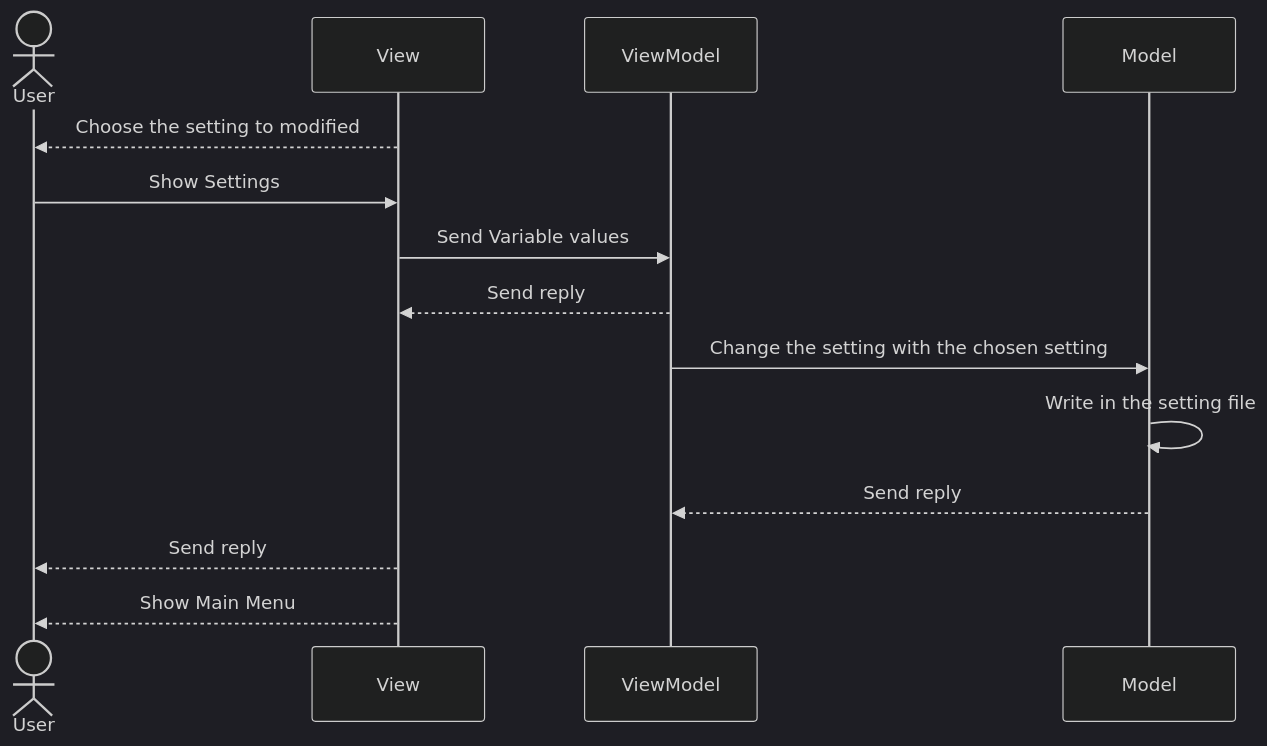
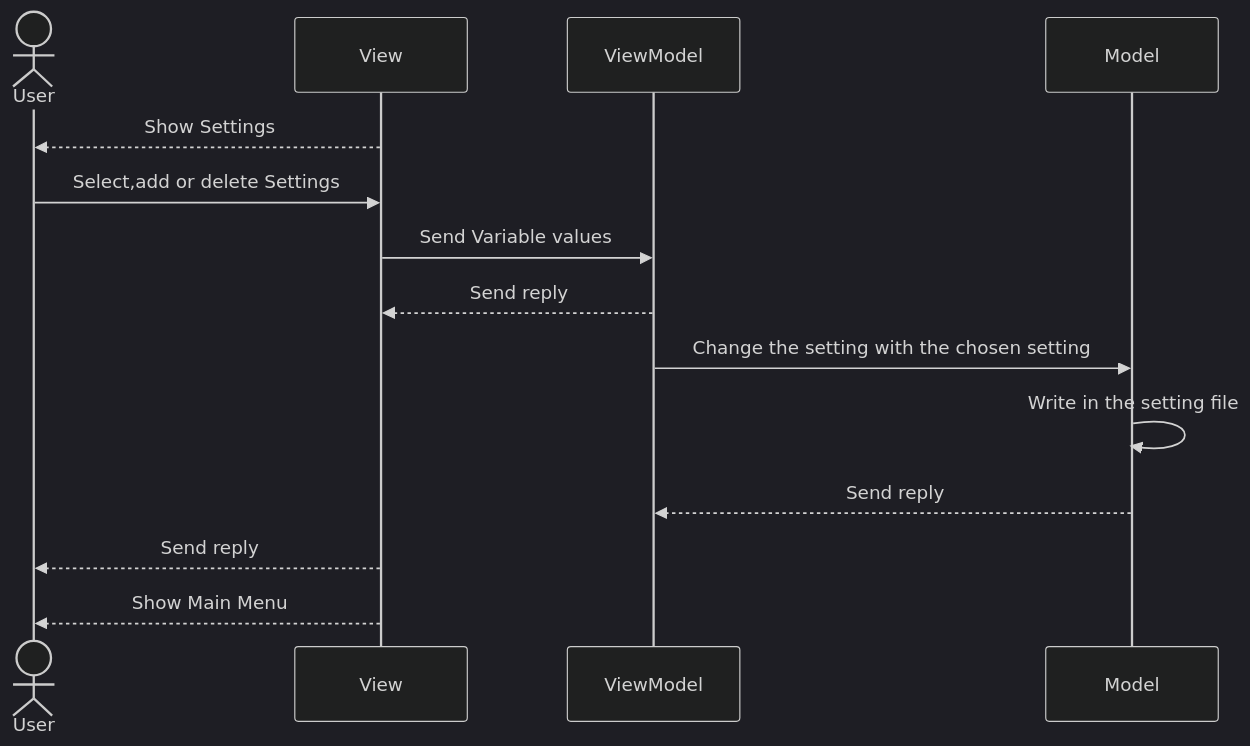
Before and after one commit to mboss7/CesiProgSys: the sixth of 7 diagrams in Diagrams/DiagSequences/DiagSequenceProjet.md, drawn with Mermaid (dark theme). The commit also changed other lines of this file, not shown here.

````diff
--- a/Diagrams/DiagSequences/DiagSequenceProjet.md
+++ b/Diagrams/DiagSequences/DiagSequenceProjet.md
@@ -64,14 +64,14 @@
 ```mermaid
 sequenceDiagram
 Actor User
 
-View -->>User: Choose the setting to modified
-User ->>View: Show Settings
+View -->>User: Show Settings
+User ->>View: Select,add or delete Settings
 View ->>ViewModel: Send Variable values
 ViewModel -->>View: Send reply 
 ViewModel ->>Model: Change the setting with the chosen setting
 Model->>Model: Write in the setting file
 Model -->>ViewModel: Send reply
 View -->>User: Send reply
 View -->>User: Show Main Menu
 ```
````
